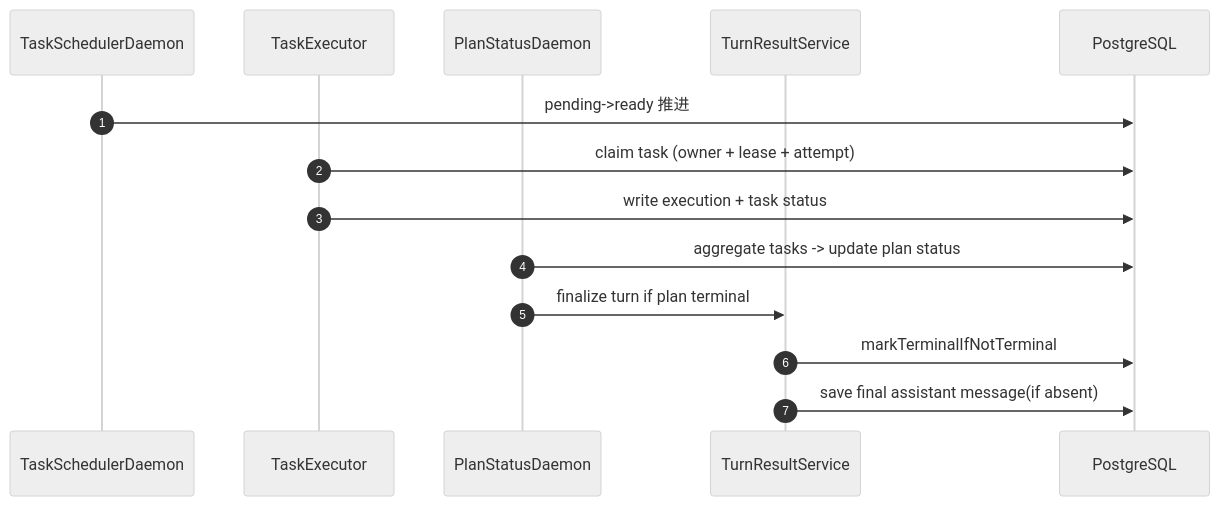
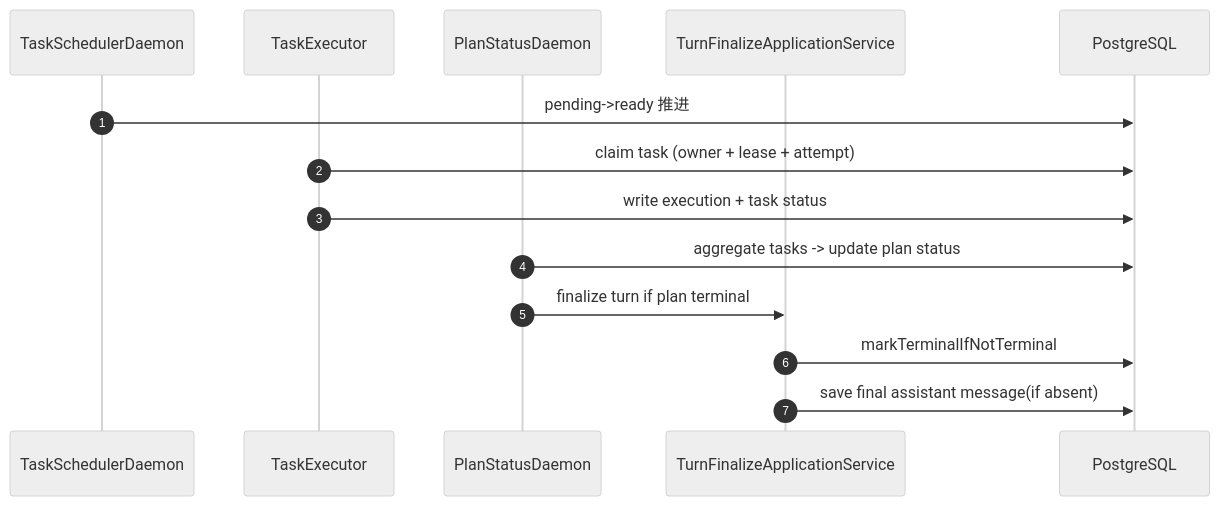
Before and after one commit to letmetocode/agent: the second of 3 diagrams in docs/02-system-architecture.md, drawn with Mermaid (neutral theme). The commit also changed other lines of this file and 2 other files, not shown here.

````diff
--- a/docs/02-system-architecture.md
+++ b/docs/02-system-architecture.md
@@ -88,17 +88,17 @@
 ```mermaid
 sequenceDiagram
     autonumber
     participant Scheduler as TaskSchedulerDaemon
     participant Executor as TaskExecutor
     participant PlanAgg as PlanStatusDaemon
-    participant Result as TurnResultService
+    participant Result as TurnFinalizeApplicationService
     participant DB as PostgreSQL
 
     Scheduler->>DB: pending->ready 推进
     Executor->>DB: claim task (owner + lease + attempt)
     Executor->>DB: write execution + task status
     PlanAgg->>DB: aggregate tasks -> update plan status
     PlanAgg->>Result: finalize turn if plan terminal
     Result->>DB: markTerminalIfNotTerminal
     Result->>DB: save final assistant message(if absent)
 ```
````
